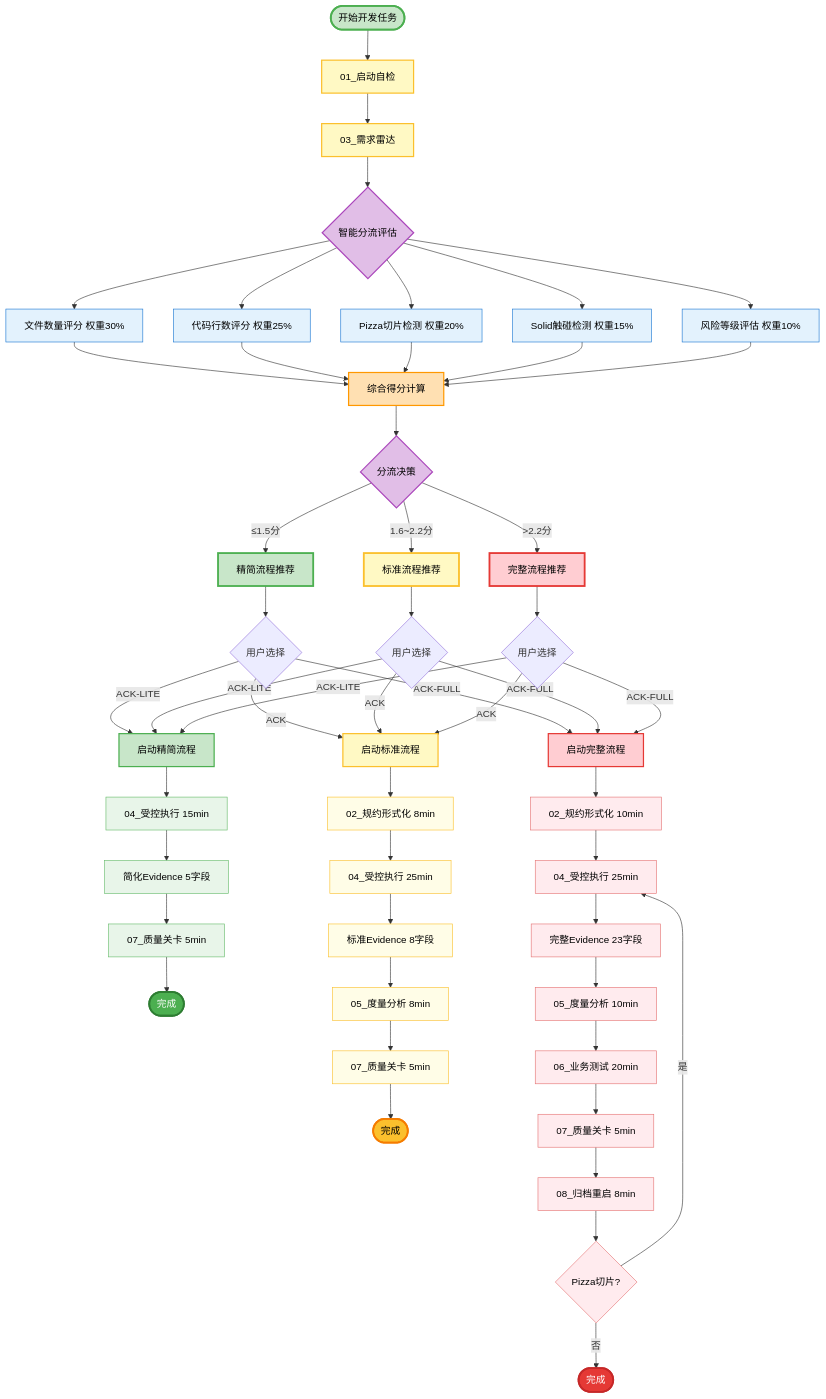
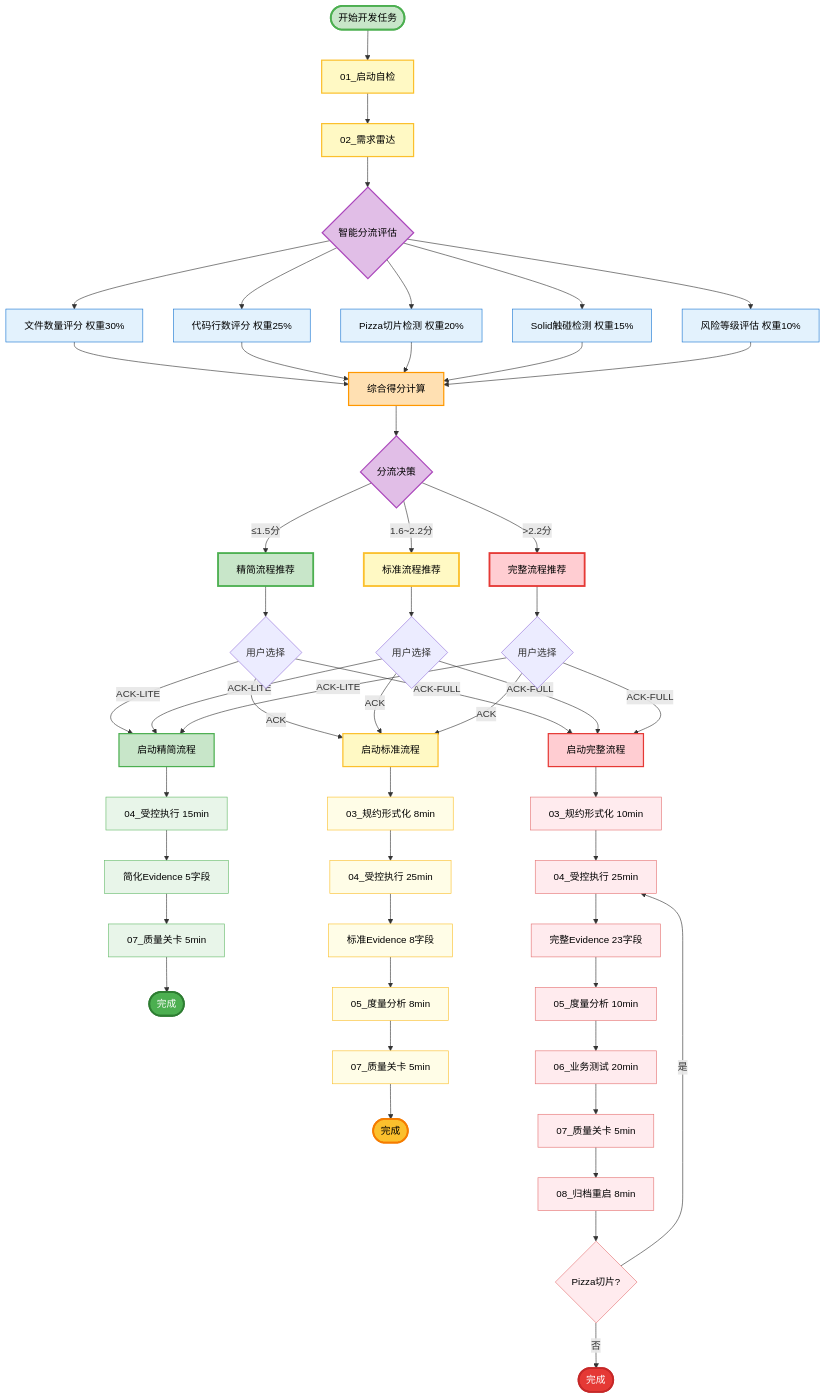
Before and after one commit to zhaozhendong0608/common-workflows-java: the first of 6 diagrams in docs/architecture/智能分流架构图.md, drawn with Mermaid. The commit also changed other lines of this file and 21 other files, not shown here.

```diff
--- a/docs/architecture/智能分流架构图.md
+++ b/docs/architecture/智能分流架构图.md
@@ -8,7 +8,7 @@
 flowchart TB
     Start([开始开发任务])
     Boot[01_启动自检]
-    Radar[03_需求雷达]
+    Radar[02_需求雷达]
     Analysis{智能分流评估}
     D1["文件数量评分 权重30%"]
     D2["代码行数评分 权重25%"]
@@ -73,7 +73,7 @@
     L2 --> L3
     L3 --> LiteEnd
     
-    S1["02_规约形式化 8min"]
+    S1["03_规约形式化 8min"]
     S2["04_受控执行 25min"]
     S3["标准Evidence 8字段"]
     S4["05_度量分析 8min"]
@@ -87,7 +87,7 @@
     S4 --> S5
     S5 --> StdEnd
     
-    F1["02_规约形式化 10min"]
+    F1["03_规约形式化 10min"]
     F2["04_受控执行 25min"]
     F3["完整Evidence 23字段"]
     F4["05_度量分析 10min"]
```
